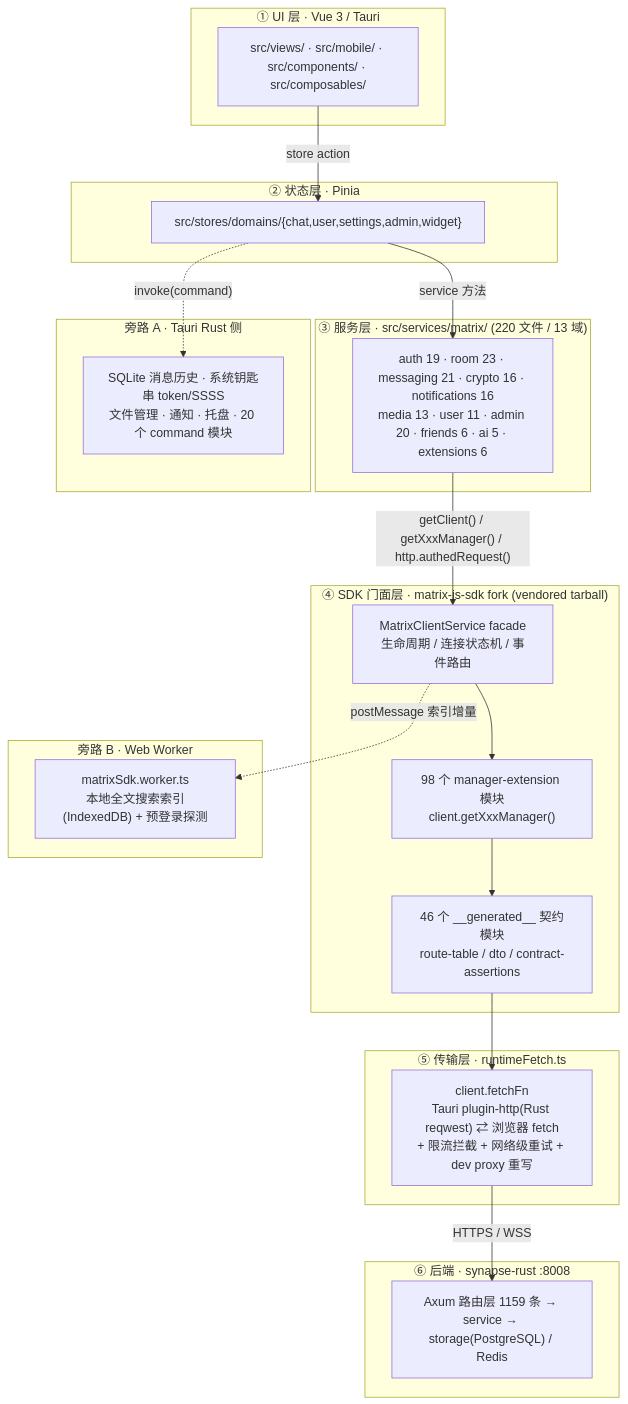
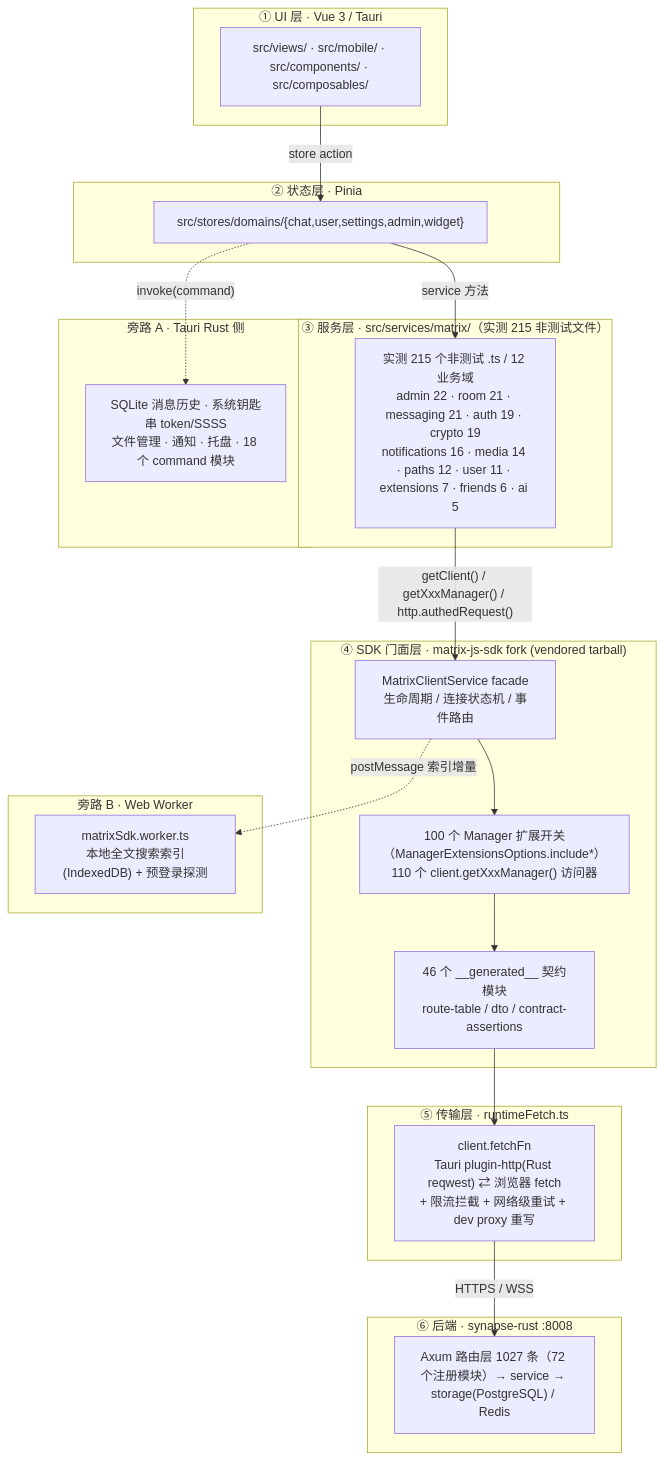
Before and after one commit to langkebo/hula: the first of 4 diagrams in docs/Tjg-SDK-集成架构与能力图谱-2026-10-08.md, drawn with Mermaid. The commit also changed other lines of this file and 1 other file, not shown here.

First line of the commit message:
docs(service): 按 2026-10-13 实测彻底复核 Tjg-SDK 集成架构与能力图谱（md + html）

````diff
--- a/docs/Tjg-SDK-集成架构与能力图谱-2026-10-08.md
+++ b/docs/Tjg-SDK-集成架构与能力图谱-2026-10-08.md
@@ -25,47 +32,47 @@
 ```mermaid
 flowchart TB
     subgraph L1["① UI 层 · Vue 3 / Tauri"]
         UI["src/views/ · src/mobile/ · src/components/ · src/composables/"]
     end
 
     subgraph L2["② 状态层 · Pinia"]
         ST["src/stores/domains/{chat,user,settings,admin,widget}"]
     end
 
-    subgraph L3["③ 服务层 · src/services/matrix/ (220 文件 / 13 域)"]
-        SV["auth 19 · room 23 · messaging 21 · crypto 16 · notifications 16<br/>media 13 · user 11 · admin 20 · friends 6 · ai 5 · extensions 6"]
+    subgraph L3["③ 服务层 · src/services/matrix/（实测 215 非测试文件）"]
+        SV["实测 215 个非测试 .ts / 12 业务域<br/>admin 22 · room 21 · messaging 21 · auth 19 · crypto 19<br/>notifications 16 · media 14 · paths 12 · user 11 · extensions 7 · friends 6 · ai 5"]
     end
 
     subgraph L4["④ SDK 门面层 · matrix-js-sdk fork (vendored tarball)"]
         SDK1["MatrixClientService facade<br/>生命周期 / 连接状态机 / 事件路由"]
-        SDK2["98 个 manager-extension 模块<br/>client.getXxxManager()"]
+        SDK2["100 个 Manager 扩展开关（ManagerExtensionsOptions.include*）<br/>110 个 client.getXxxManager() 访问器"]
         SDK3["46 个 __generated__ 契约模块<br/>route-table / dto / contract-assertions"]
     end
 
     subgraph L5["⑤ 传输层 · runtimeFetch.ts"]
         NET["client.fetchFn<br/>Tauri plugin-http(Rust reqwest) ⇄ 浏览器 fetch<br/>+ 限流拦截 + 网络级重试 + dev proxy 重写"]
     end
 
     subgraph L6["⑥ 后端 · synapse-rust :8008"]
-        BE["Axum 路由层 1159 条 → service → storage(PostgreSQL) / Redis"]
+        BE["Axum 路由层 1027 条（72 个注册模块）→ service → storage(PostgreSQL) / Redis"]
     end
 
     UI -->|"store action"| ST
     ST -->|"service 方法"| SV
     SV -->|"getClient() / getXxxManager() / http.authedRequest()"| SDK1
     SDK1 --> SDK2
     SDK2 --> SDK3
     SDK3 --> NET
     NET -->|"HTTPS / WSS"| BE
 
     subgraph SIDE1["旁路 A · Tauri Rust 侧"]
-        TAURI["SQLite 消息历史 · 系统钥匙串 token/SSSS<br/>文件管理 · 通知 · 托盘 · 20 个 command 模块"]
+        TAURI["SQLite 消息历史 · 系统钥匙串 token/SSSS<br/>文件管理 · 通知 · 托盘 · 18 个 command 模块"]
     end
 
     subgraph SIDE2["旁路 B · Web Worker"]
         WK["matrixSdk.worker.ts<br/>本地全文搜索索引(IndexedDB) + 预登录探测"]
     end
 
     ST -.->|"invoke(command)"| TAURI
     SDK1 -.->|"postMessage 索引增量"| WK
 ```
````
